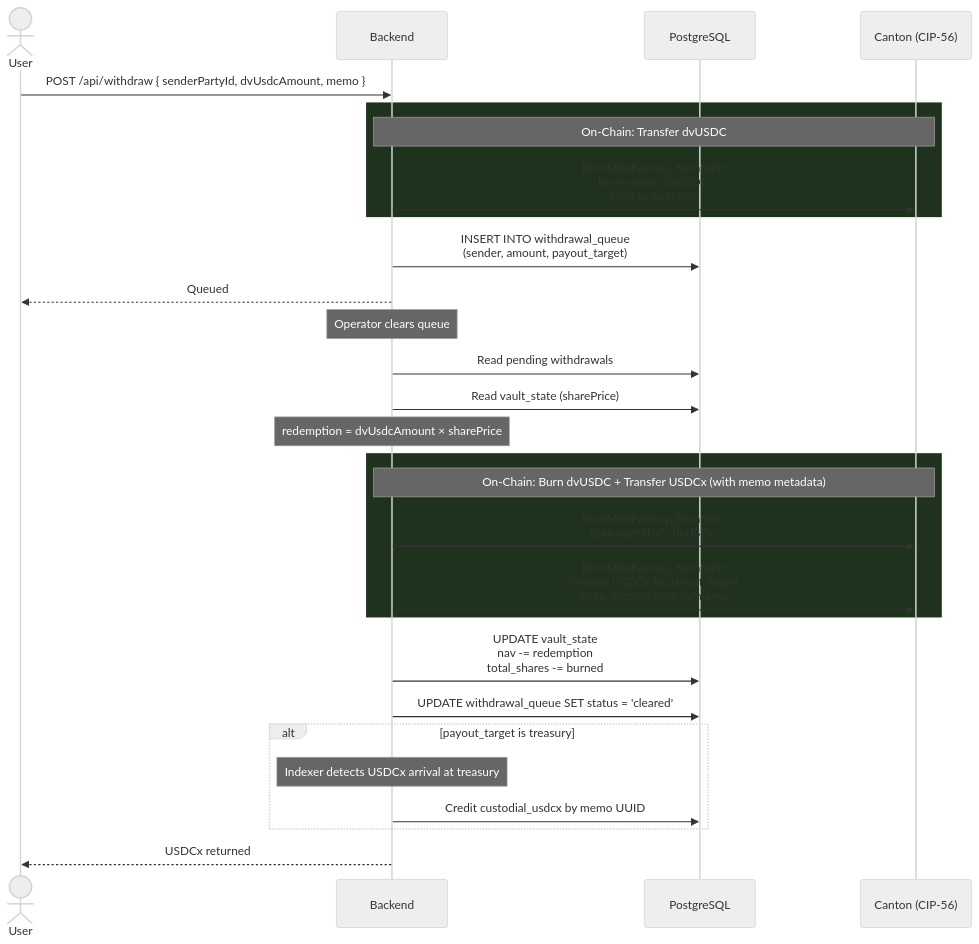
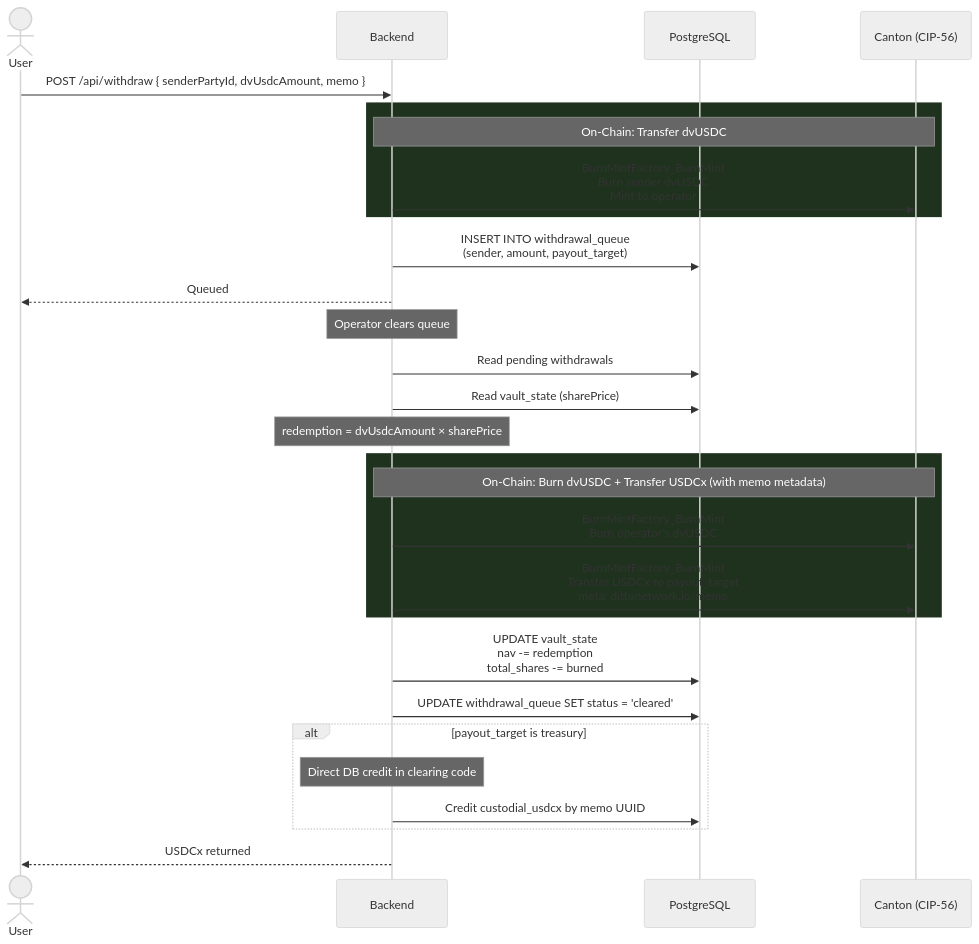
Before and after one commit to dittonetwork/ditto-ccvault: the fifth of 13 diagrams in ARCHITECTURE.md, drawn with Mermaid (neutral theme). The commit also changed other lines of this file and 1 other file, not shown here.

First line of the commit message:
docs: update custodial deposit flows, clearing credits, and UI description

````diff
--- a/ARCHITECTURE.md
+++ b/ARCHITECTURE.md
@@ -448,39 +448,39 @@
 ```mermaid
 sequenceDiagram
     actor User
     participant BE as Backend
     participant DB as PostgreSQL
     participant CN as Canton (CIP-56)
 
     User->>BE: POST /api/withdraw { senderPartyId, dvUsdcAmount, memo }
 
     rect rgb(30, 50, 30)
         Note over BE,CN: On-Chain: Transfer dvUSDC
         BE->>CN: BurnMintFactory_BurnMint<br/>Burn sender dvUSDC<br/>Mint to operator
     end
 
     BE->>DB: INSERT INTO withdrawal_queue<br/>(sender, amount, payout_target)
     BE-->>User: Queued
 
     Note over BE: Operator clears queue
 
     BE->>DB: Read pending withdrawals
     BE->>DB: Read vault_state (sharePrice)
     Note over BE: redemption = dvUsdcAmount × sharePrice
 
     rect rgb(30, 50, 30)
         Note over BE,CN: On-Chain: Burn dvUSDC + Transfer USDCx (with memo metadata)
         BE->>CN: BurnMintFactory_BurnMint<br/>Burn operator's dvUSDC
         BE->>CN: BurnMintFactory_BurnMint<br/>Transfer USDCx to payout_target<br/>meta: dittonetwork.io/memo
     end
 
     BE->>DB: UPDATE vault_state<br/>nav -= redemption<br/>total_shares -= burned
     BE->>DB: UPDATE withdrawal_queue SET status = 'cleared'
 
     alt payout_target is treasury
-        Note over BE: Indexer detects USDCx arrival at treasury
+        Note over BE: Direct DB credit in clearing code
         BE->>DB: Credit custodial_usdcx by memo UUID
     end
 
     BE-->>User: USDCx returned
 ```
````
